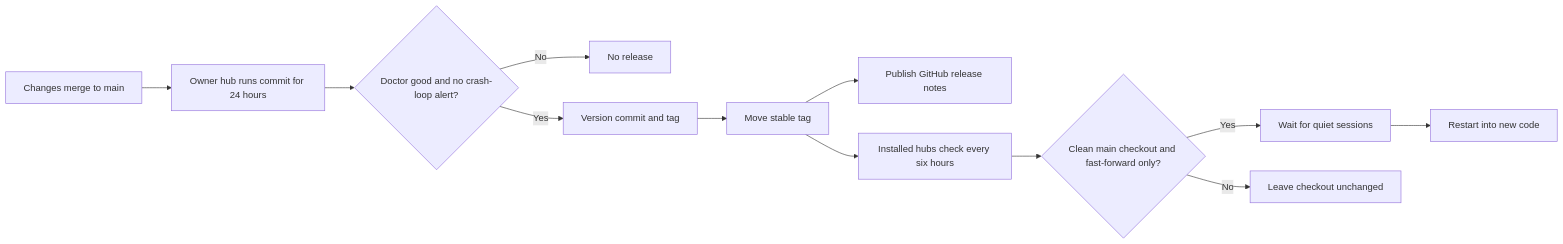
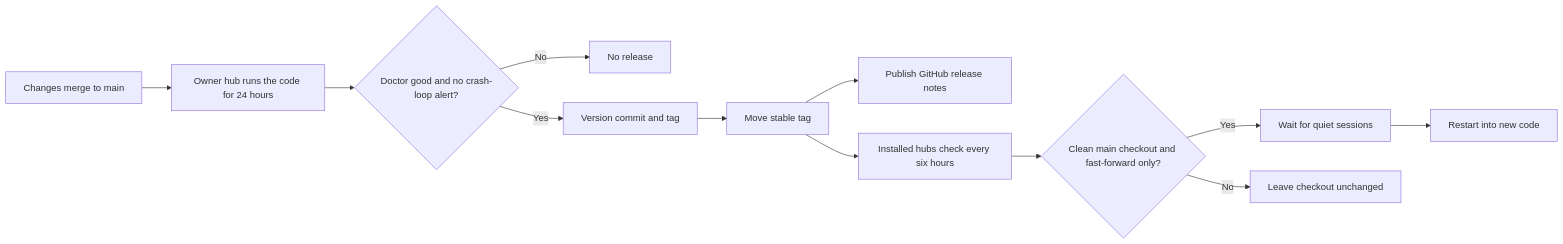
Before and after one commit to aloki-alok/kage: the diagram in docs/concepts/updates-and-releases.md, drawn with Mermaid. The commit also changed other lines of this file and 3 other files, not shown here.

Commit message:
Concept pages match what merged today: settings and tokens after #116, soak by run, cards with no request code

````diff
--- a/docs/concepts/updates-and-releases.md
+++ b/docs/concepts/updates-and-releases.md
@@ -1,14 +1,14 @@
 ```mermaid
 flowchart LR
-    Main[Changes merge to main] --> Soak[Owner hub runs commit for 24 hours]
+    Main[Changes merge to main] --> Soak[Owner hub runs the code for 24 hours]
     Soak --> Gate{Doctor good and no crash-loop alert?}
     Gate -->|No| Wait[No release]
     Gate -->|Yes| Tag[Version commit and tag]
     Tag --> Stable[Move stable tag]
     Stable --> Notes[Publish GitHub release notes]
     Stable --> Fetch[Installed hubs check every six hours]
     Fetch --> Safe{Clean main checkout and fast-forward only?}
     Safe -->|Yes| Quiet[Wait for quiet sessions]
     Quiet --> Restart[Restart into new code]
     Safe -->|No| Skip[Leave checkout unchanged]
 ```
````
